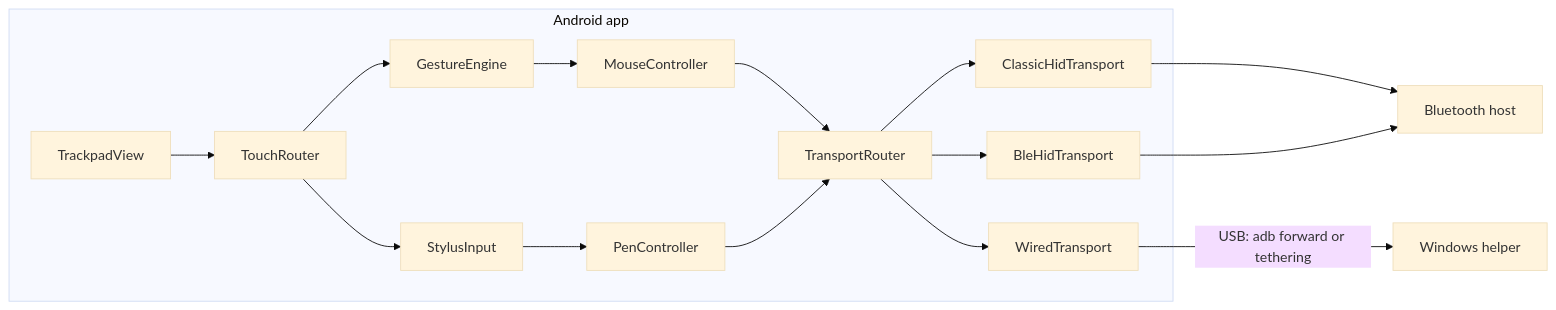
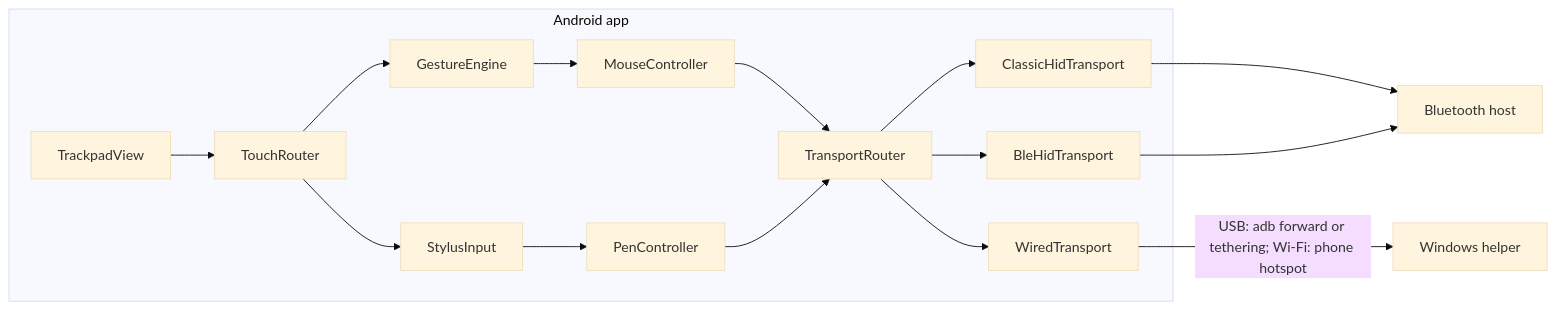
The first of 2 diagrams in architecture.md (tharunkumar1177/nike-ap), drawn with Mermaid (base theme) before and after one commit. The commit also changed other lines of this file and 20 other files, not shown here.

First line of the commit message:
feat(wifi): add Wi-Fi (Phone hotspot) mode to the phone server and the helper

````diff
--- a/architecture.md
+++ b/architecture.md
@@ -20,18 +20,18 @@
 ```mermaid
 flowchart LR
   subgraph phone [Android app]
     Surface[TrackpadView] --> Router1[TouchRouter]
     Router1 --> Gesture[GestureEngine]
     Router1 --> Stylus[StylusInput]
     Gesture --> Mouse[MouseController]
     Stylus --> Pen[PenController]
     Mouse --> TRouter[TransportRouter]
     Pen --> TRouter
     TRouter --> Classic[ClassicHidTransport]
     TRouter --> Ble[BleHidTransport]
     TRouter --> Wired[WiredTransport]
   end
   Classic --> BtHost[Bluetooth host]
   Ble --> BtHost
-  Wired -->|"USB: adb forward or tethering"| Helper[Windows helper]
+  Wired -->|"USB: adb forward or tethering; Wi-Fi: phone hotspot"| Helper[Windows helper]
 ```
````
